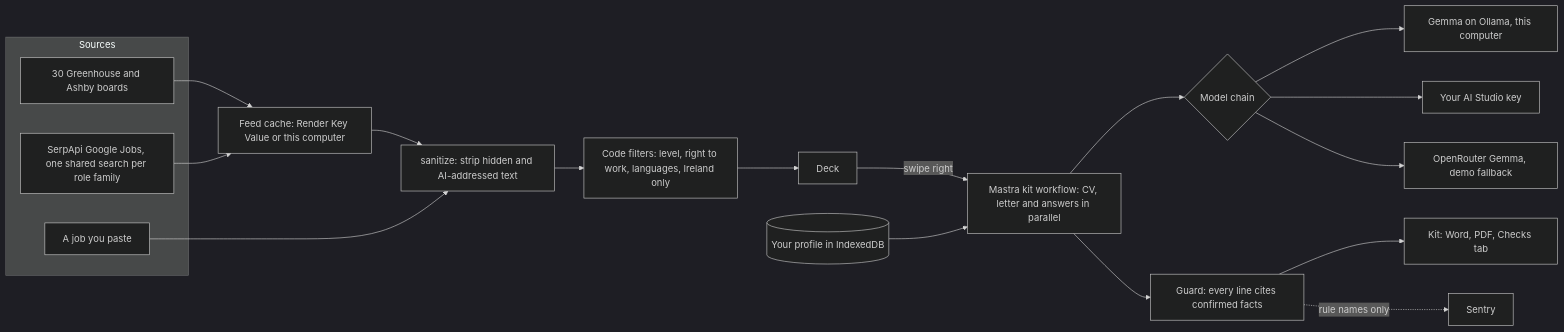
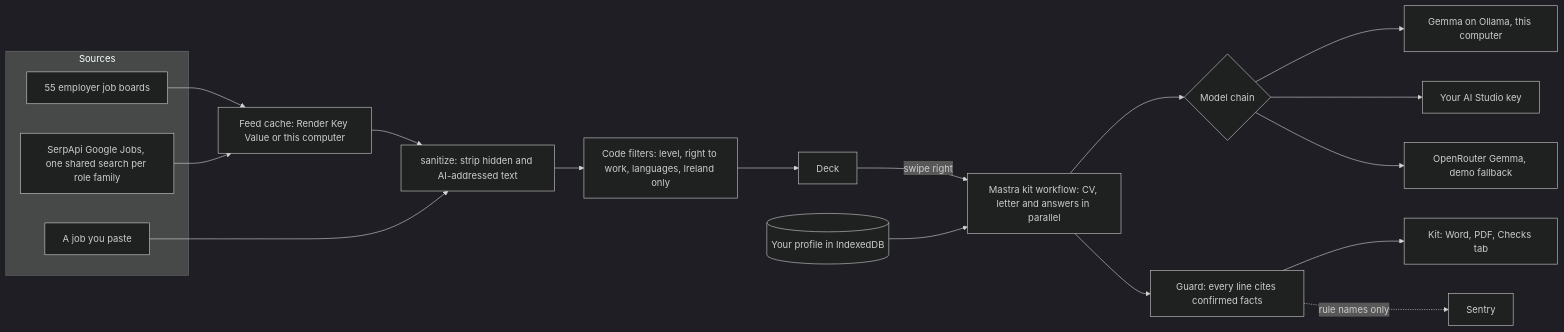
The diagram in README.md (MuhammadMurtuzaHussain/deis), drawn with Mermaid (dark theme) before and after one commit. The commit also changed other lines of this file, not shown here.

````diff
--- a/README.md
+++ b/README.md
@@ -41,23 +135,23 @@
 ```mermaid
 flowchart LR
   subgraph Sources
-    B[30 Greenhouse and Ashby boards]
+    B[55 employer job boards]
     G[SerpApi Google Jobs, one shared search per role family]
     P[A job you paste]
   end
   B --> F[Feed cache: Render Key Value or this computer]
   G --> F
   F --> S[sanitize: strip hidden and AI-addressed text]
   P --> S
   S --> C[Code filters: level, right to work, languages, Ireland only]
   C --> D[Deck]
   D -->|swipe right| W[Mastra kit workflow: CV, letter and answers in parallel]
   W --> M{Model chain}
   M --> O[Gemma on Ollama, this computer]
   M --> A[Your AI Studio key]
   M --> R[OpenRouter Gemma, demo fallback]
   W --> GU[Guard: every line cites confirmed facts]
   GU --> K[Kit: Word, PDF, Checks tab]
   GU -. rule names only .-> SE[Sentry]
   PR[(Your profile in IndexedDB)] --> W
 ```
````
